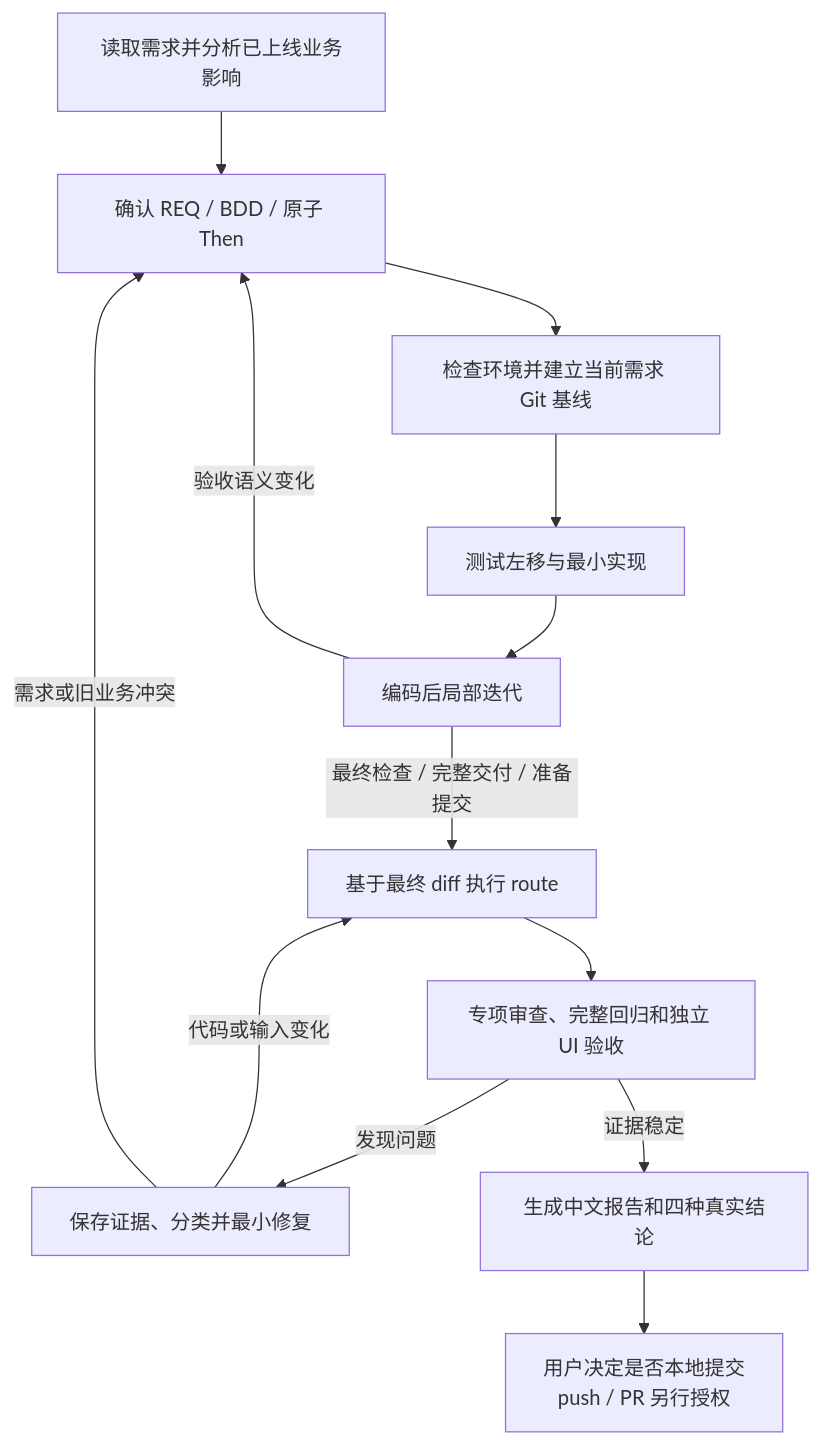
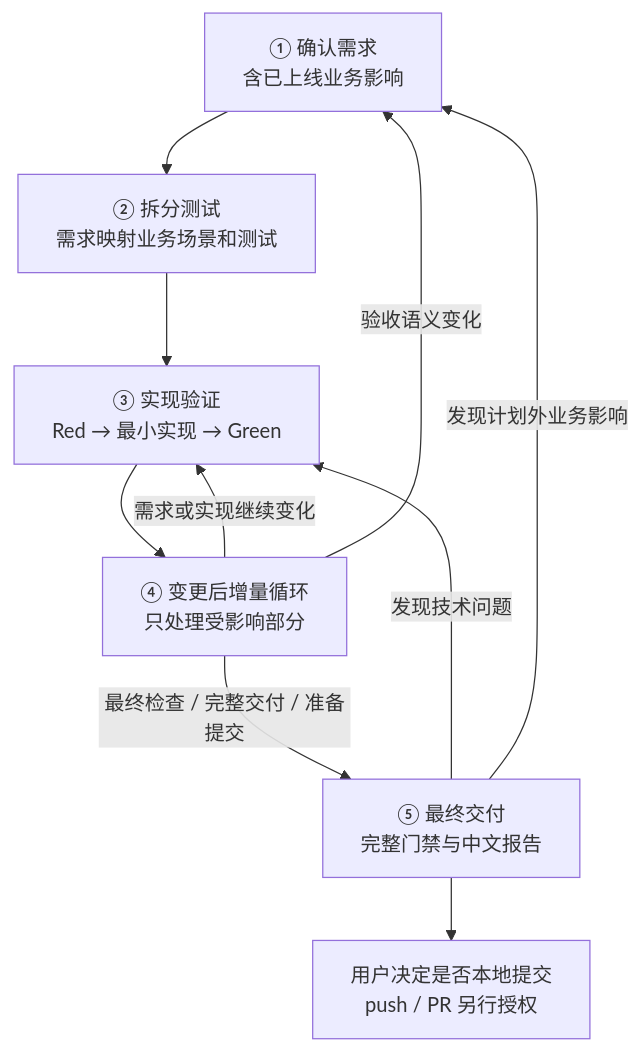
The first of 4 diagrams in AI_DELIVERY_WORKFLOW_GUIDELINES.md (yejuntian/android-delivery-skills), drawn with Mermaid before and after one commit. The commit also changed other lines of this file and 5 other files, not shown here.

````diff
--- a/AI_DELIVERY_WORKFLOW_GUIDELINES.md
+++ b/AI_DELIVERY_WORKFLOW_GUIDELINES.md
@@ -155,15 +155,12 @@
 ```mermaid
 flowchart TD
-    OV1["读取需求并分析已上线业务影响"] --> OV2["确认 REQ / BDD / 原子 Then"]
-    OV2 --> OV3["检查环境并建立当前需求 Git 基线"]
-    OV3 --> OV4["测试左移与最小实现"]
-    OV4 --> OV5["编码后局部迭代"]
-    OV5 -- "验收语义变化" --> OV2
-    OV5 -- "最终检查 / 完整交付 / 准备提交" --> OV6["基于最终 diff 执行 route"]
-    OV6 --> OV7["专项审查、完整回归和独立 UI 验收"]
-    OV7 -- "发现问题" --> OV8["保存证据、分类并最小修复"]
-    OV8 -- "代码或输入变化" --> OV6
-    OV8 -- "需求或旧业务冲突" --> OV2
-    OV7 -- "证据稳定" --> OV9["生成中文报告和四种真实结论"]
-    OV9 --> OV10["用户决定是否本地提交<br/>push / PR 另行授权"]
+    OV1["① 确认需求<br/>含已上线业务影响"] --> OV2["② 拆分测试<br/>需求映射业务场景和测试"]
+    OV2 --> OV3["③ 实现验证<br/>Red → 最小实现 → Green"]
+    OV3 --> OV4["④ 变更后增量循环<br/>只处理受影响部分"]
+    OV4 -- "需求或实现继续变化" --> OV3
+    OV4 -- "验收语义变化" --> OV1
+    OV4 -- "最终检查 / 完整交付 / 准备提交" --> OV5["⑤ 最终交付<br/>完整门禁与中文报告"]
+    OV5 -- "发现技术问题" --> OV3
+    OV5 -- "发现计划外业务影响" --> OV1
+    OV5 --> OV6["用户决定是否本地提交<br/>push / PR 另行授权"]
 ```
````
